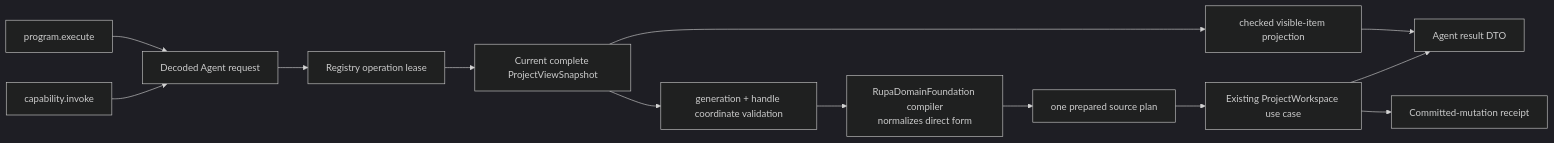
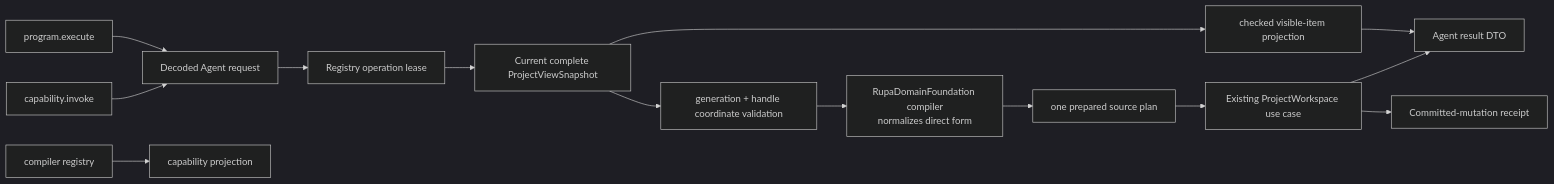
The first of 2 diagrams in RupaKit/Sources/RupaAgentRuntime/DESIGN.md (1amageek/Rupa), drawn with Mermaid (dark theme) before and after one commit. The commit also changed other lines of this file and 28 other files, not shown here.

````diff
--- a/RupaKit/Sources/RupaAgentRuntime/DESIGN.md
+++ b/RupaKit/Sources/RupaAgentRuntime/DESIGN.md
@@ -57,15 +57,16 @@
 ```mermaid
 flowchart LR
     Direct["capability.invoke"] --> Request["Decoded Agent request"]
     Program["program.execute"] --> Request
+    CompilerRegistry["compiler registry"] --> Discovery["capability projection"]
     Request --> Lease["Registry operation lease"]
     Lease --> View["Current complete ProjectViewSnapshot"]
     View --> Guard["generation + handle coordinate validation"]
     Guard --> Compiler["RupaDomainFoundation compiler\nnormalizes direct form"]
     Compiler --> Prepared["one prepared source plan"]
     Prepared --> Workspace["Existing ProjectWorkspace use case"]
     Workspace --> Projection["Agent result DTO"]
     Workspace --> NoRetry["Committed-mutation receipt"]
     View --> ViewportProjection["checked visible-item projection"]
     ViewportProjection --> Projection
 ```
````
